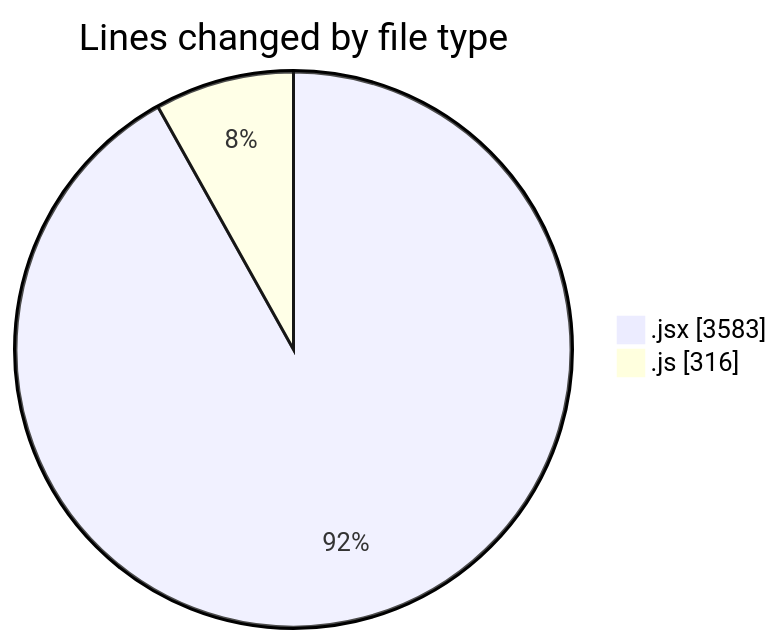
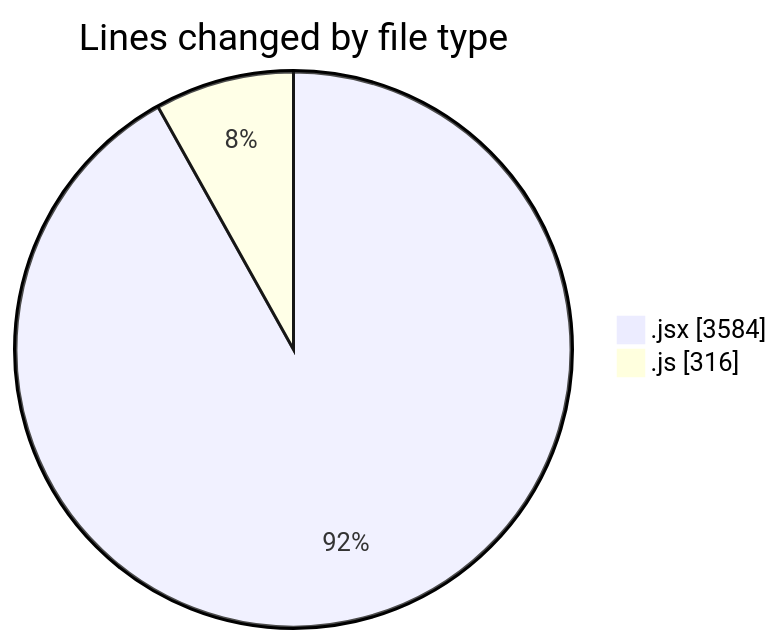
Before and after one commit to nxtqubesakshisongat/code-tracking: the first of 2 diagrams in 2025-07-13/argos/README.md, drawn with Mermaid. The commit also changed other lines of this file and 1 other file, not shown here.

````diff
--- a/2025-07-13/argos/README.md
+++ b/2025-07-13/argos/README.md
@@ -22,6 +22,6 @@
 ```mermaid
 pie showData
 title Lines changed by file type
-".jsx" : 3583
+".jsx" : 3584
 ".js" : 316
 ```
````
